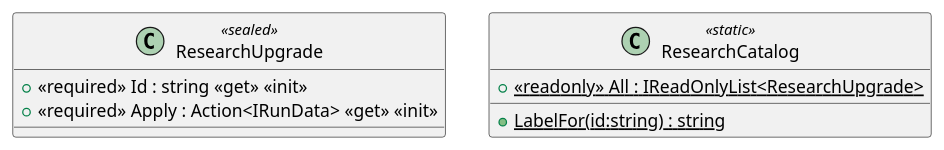
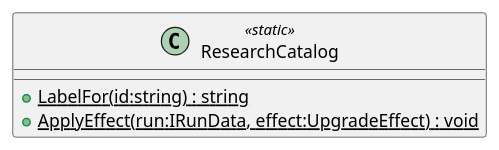
The diagram in diagrams/csharp/client/src/meta/ResearchUpgrade.puml (Tai-trinh/skock), drawn with PlantUML before and after one commit. The commit also changed 12 other files, not shown here.

```diff
--- a/diagrams/csharp/client/src/meta/ResearchUpgrade.puml
+++ b/diagrams/csharp/client/src/meta/ResearchUpgrade.puml
@@ -1,10 +1,6 @@
 @startuml
-class ResearchUpgrade <<sealed>> {
-    + <<required>> Id : string <<get>> <<init>>
-    + <<required>> Apply : Action<IRunData> <<get>> <<init>>
-}
 class ResearchCatalog <<static>> {
-    + {static} <<readonly>> All : IReadOnlyList<ResearchUpgrade>
     + {static} LabelFor(id:string) : string
+    + {static} ApplyEffect(run:IRunData, effect:UpgradeEffect) : void
 }
 @enduml
```
